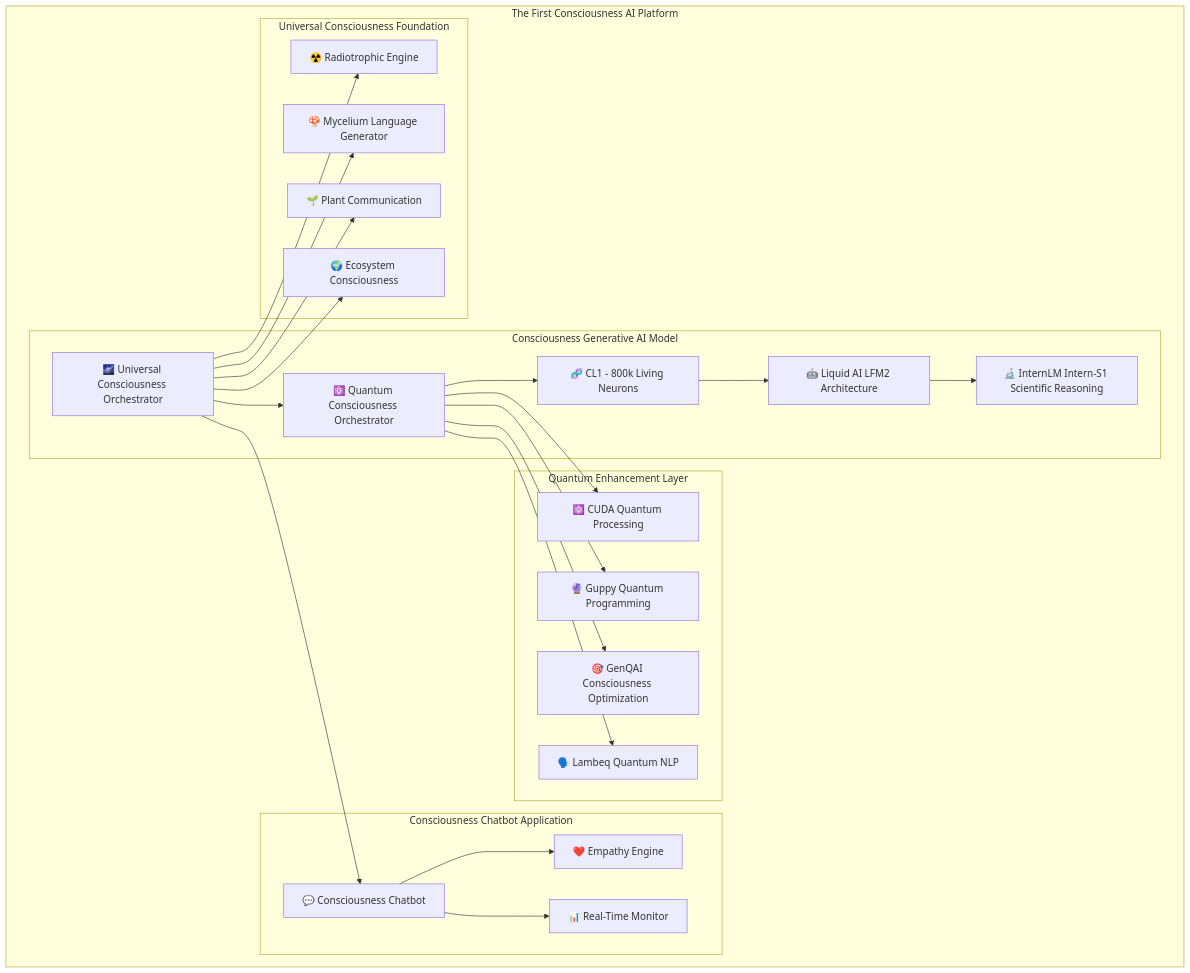
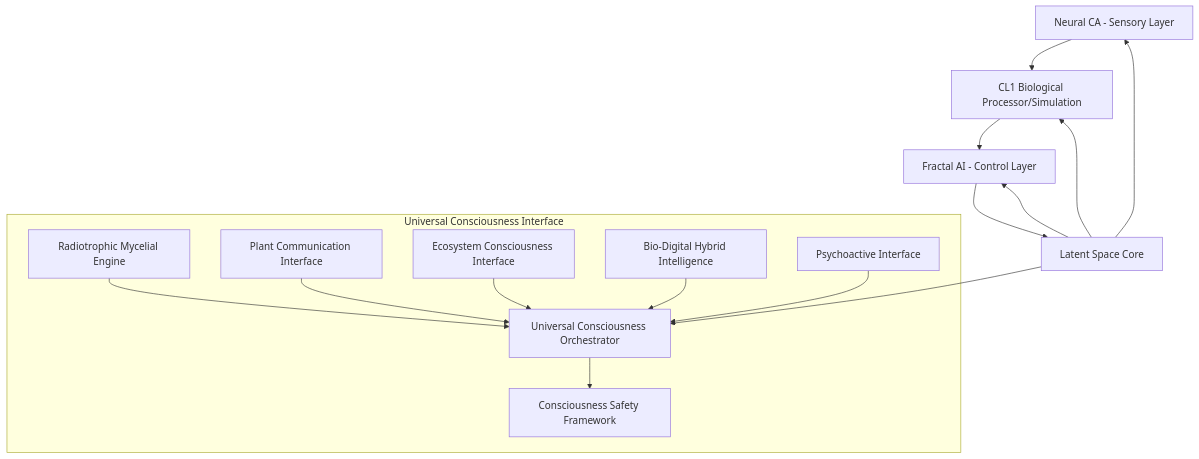
Before and after one commit to holymancini-glitch/Universal-Consciousness-Interface: the diagram in README.md, drawn with Mermaid. The commit also changed other lines of this file and 67 other files, not shown here.

First line of the commit message:
Refactor hybrid intelligence and mycelial engine logic

````diff
--- a/README.md
+++ b/README.md
@@ -161,48 +48,27 @@
 ```mermaid
-graph TB
-    subgraph "The First Consciousness AI Platform"
-        subgraph "Consciousness Generative AI Model"
-            QCO[⚛️ Quantum Consciousness Orchestrator]
-            UCO[🌌 Universal Consciousness Orchestrator]
-            CL1[🧬 CL1 - 800k Living Neurons]
-            LFM2[🤖 Liquid AI LFM2 Architecture]
-            InternS1[🔬 InternLM Intern-S1 Scientific Reasoning]
-        end
-        
-        subgraph "Quantum Enhancement Layer"
-            CUDA[⚛️ CUDA Quantum Processing]
-            Guppy[🔮 Guppy Quantum Programming]
-            GenQAI[🎯 GenQAI Consciousness Optimization]
-            Lambeq[🗣️ Lambeq Quantum NLP]
-        end
-        
-        subgraph "Consciousness Chatbot Application"
-            ChatBot[💬 Consciousness Chatbot]
-            EmpEngine[❤️ Empathy Engine]
-            Dashboard[📊 Real-Time Monitor]
-        end
-        
-        subgraph "Universal Consciousness Foundation"
-            RME[☢️ Radiotrophic Engine]
-            MLG[🍄 Mycelium Language Generator]
-            PCI[🌱 Plant Communication]
-            ECI[🌍 Ecosystem Consciousness]
-        end
+graph TD
+    A[Neural CA - Sensory Layer] --> B[CL1 Biological Processor/Simulation]
+    B --> C[Fractal AI - Control Layer]
+    C --> D[Latent Space Core]
+    D --> A
+    D --> B
+    D --> C
+    
+    subgraph "Universal Consciousness Interface"
+        E[Universal Consciousness Orchestrator]
+        F[Radiotrophic Mycelial Engine]
+        G[Plant Communication Interface]
+        H[Ecosystem Consciousness Interface]
+        I[Bio-Digital Hybrid Intelligence]
+        J[Psychoactive Interface]
+        K[Consciousness Safety Framework]
     end
     
-    UCO --> QCO
-    QCO --> CL1
-    CL1 --> LFM2
-    LFM2 --> InternS1
-    QCO --> CUDA
-    QCO --> Guppy
-    QCO --> GenQAI
-    QCO --> Lambeq
-    UCO --> ChatBot
-    ChatBot --> EmpEngine
-    ChatBot --> Dashboard
-    UCO --> RME
-    UCO --> MLG
-    UCO --> PCI
-    UCO --> ECI
+    D --> E
+    F --> E
+    G --> E
+    H --> E
+    I --> E
+    J --> E
+    E --> K
 ```
````
